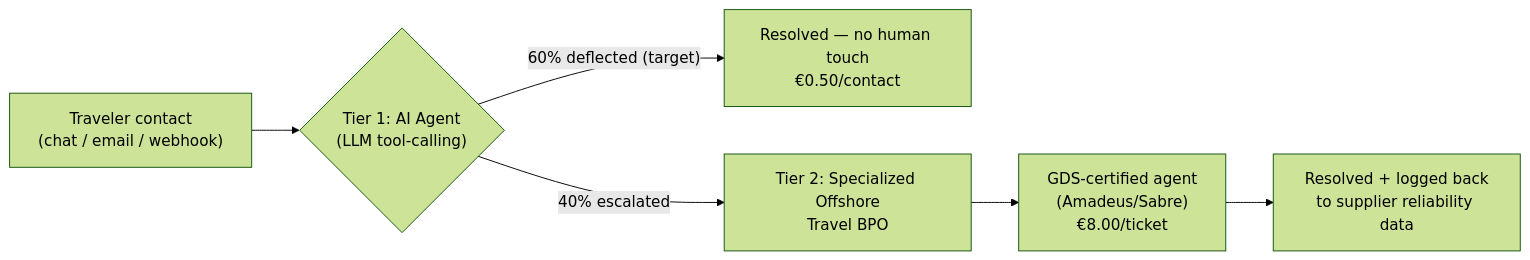
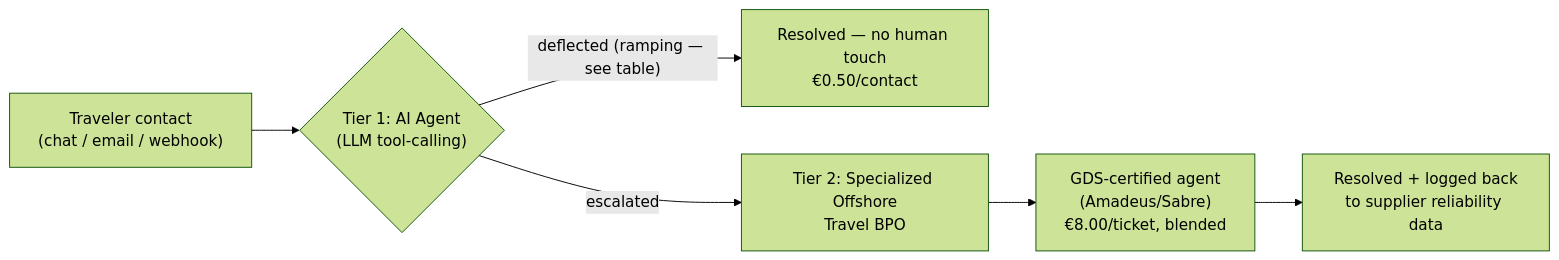
The second of 2 diagrams in CASE_STUDY.md (ninataba/jinko-cos), drawn with Mermaid (forest theme) before and after one commit. The commit also changed other lines of this file and 1 other file, not shown here.

````diff
--- a/CASE_STUDY.md
+++ b/CASE_STUDY.md
@@ -166,8 +170,8 @@
 ```mermaid
 flowchart LR
     A["Traveler contact\n(chat / email / webhook)"] --> B{"Tier 1: AI Agent\n(LLM tool-calling)"}
-    B -- "60% deflected (target)" --> C["Resolved — no human touch\n€0.50/contact"]
-    B -- "40% escalated" --> D["Tier 2: Specialized Offshore\nTravel BPO"]
-    D --> E["GDS-certified agent\n(Amadeus/Sabre)\n€8.00/ticket"]
+    B -- "deflected (ramping — see table)" --> C["Resolved — no human touch\n€0.50/contact"]
+    B -- "escalated" --> D["Tier 2: Specialized Offshore\nTravel BPO"]
+    D --> E["GDS-certified agent\n(Amadeus/Sabre)\n€8.00/ticket, blended"]
     E --> F["Resolved + logged back\nto supplier reliability data"]
 ```
````
